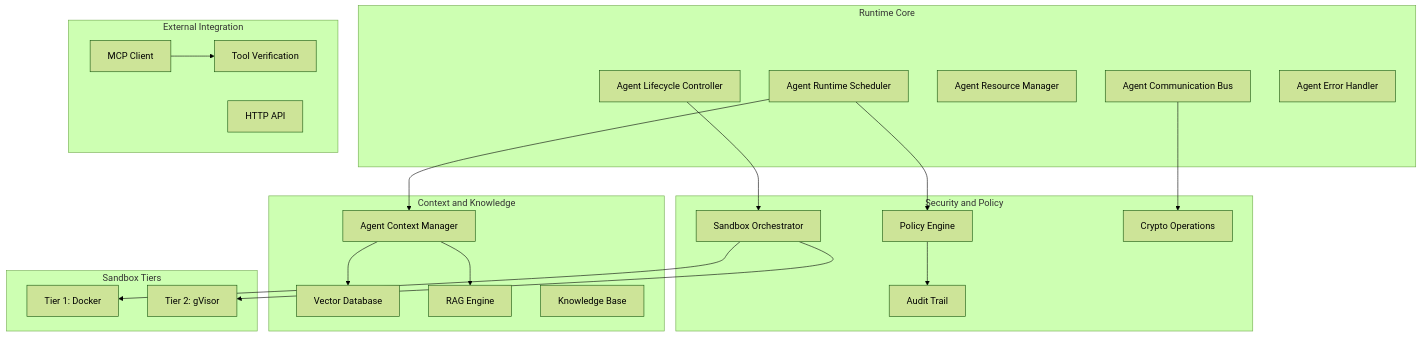
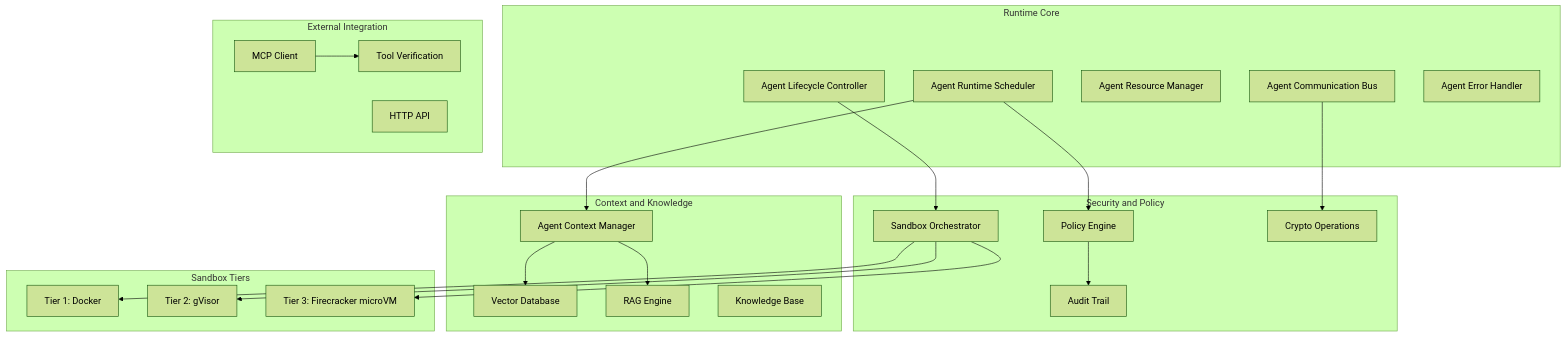
Before and after one commit to ThirdKeyAI/Symbiont: the first of 3 diagrams in docs/de/runtime-architecture.md, drawn with Mermaid (forest theme). The commit also changed other lines of this file and 58 other files, not shown here.

Commit message:
release: v1.12.0 — sandbox tier selection (Docker/gVisor/Firecracker, all OSS), .symbi canonical extension, SecurityTier::Hosted for E2B, tier3 init flags + setup guide, full translations

````diff
--- a/docs/de/runtime-architecture.md
+++ b/docs/de/runtime-architecture.md
@@ -26,46 +26,48 @@
 ```mermaid
 graph TB
     subgraph "Runtime Core"
         ARS[Agent Runtime Scheduler]
         ALC[Agent Lifecycle Controller]
         ARM[Agent Resource Manager]
         ACB[Agent Communication Bus]
         AEH[Agent Error Handler]
     end
     
     subgraph "Context and Knowledge"
         ACM[Agent Context Manager]
         VDB[Vector Database]
         RAG[RAG Engine]
         KB[Knowledge Base]
     end
     
     subgraph "Security and Policy"
         PE[Policy Engine]
         AT[Audit Trail]
         SO[Sandbox Orchestrator]
         CRYPTO[Crypto Operations]
     end
     
     subgraph "External Integration"
         MCP[MCP Client]
         TV[Tool Verification]
         API[HTTP API]
     end
     
     subgraph "Sandbox Tiers"
         T1[Tier 1: Docker]
         T2[Tier 2: gVisor]
+        T3[Tier 3: Firecracker microVM]
     end
-    
+
     ARS --> ACM
     ARS --> PE
     ALC --> SO
     ACB --> CRYPTO
     ACM --> VDB
     ACM --> RAG
     SO --> T1
     SO --> T2
+    SO --> T3
     MCP --> TV
     PE --> AT
 ```
````
